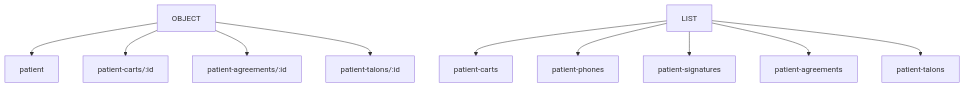
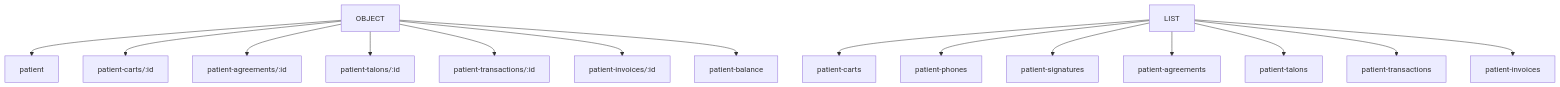
The second of 4 diagrams in backend/docs/patient.api.md (TheWitcher1991/hospital-next-js-django), drawn with Mermaid before and after one commit. The commit also changed other lines of this file and 33 other files, not shown here.

````diff
--- a/backend/docs/patient.api.md
+++ b/backend/docs/patient.api.md
@@ -11,12 +13,17 @@
 ```mermaid
 flowchart TD
 OBJECT --> patient
 LIST   --> patient-carts
 OBJECT --> patient-carts/:id
 LIST   --> patient-phones
 LIST   --> patient-signatures
 LIST   --> patient-agreements
 OBJECT --> patient-agreements/:id
 LIST   --> patient-talons
 OBJECT --> patient-talons/:id
+LIST   --> patient-transactions
+OBJECT --> patient-transactions/:id
+LIST   --> patient-invoices
+OBJECT --> patient-invoices/:id
+OBJECT --> patient-balance
 ```
````
